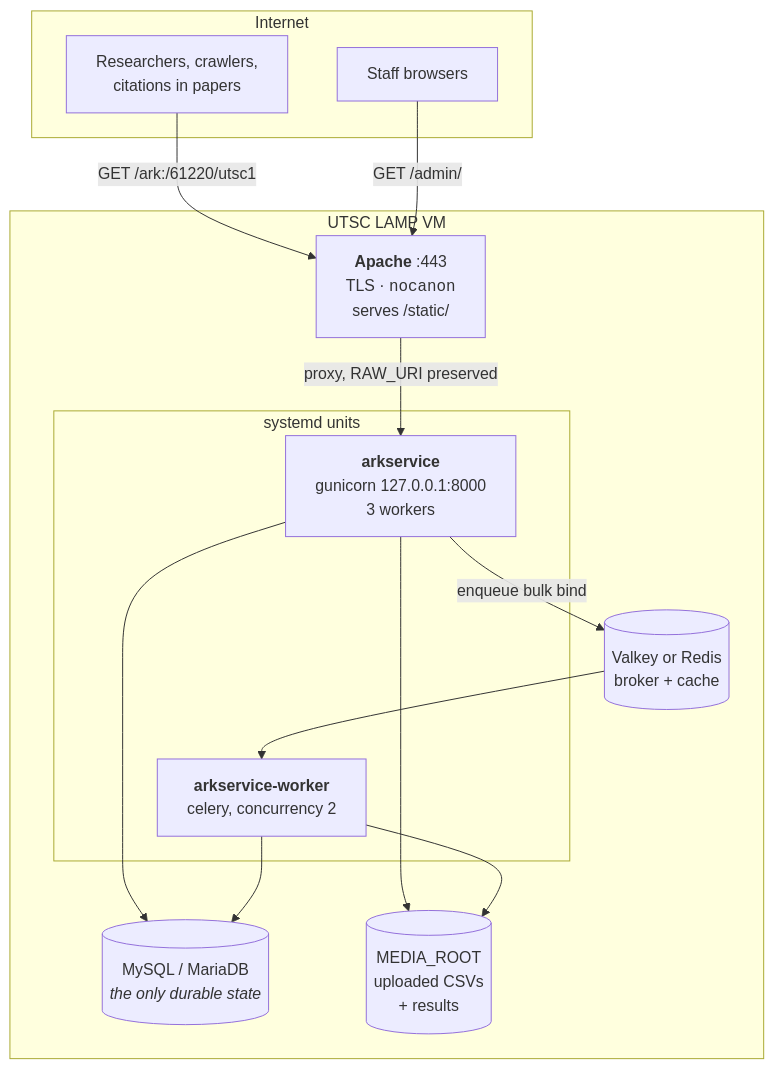
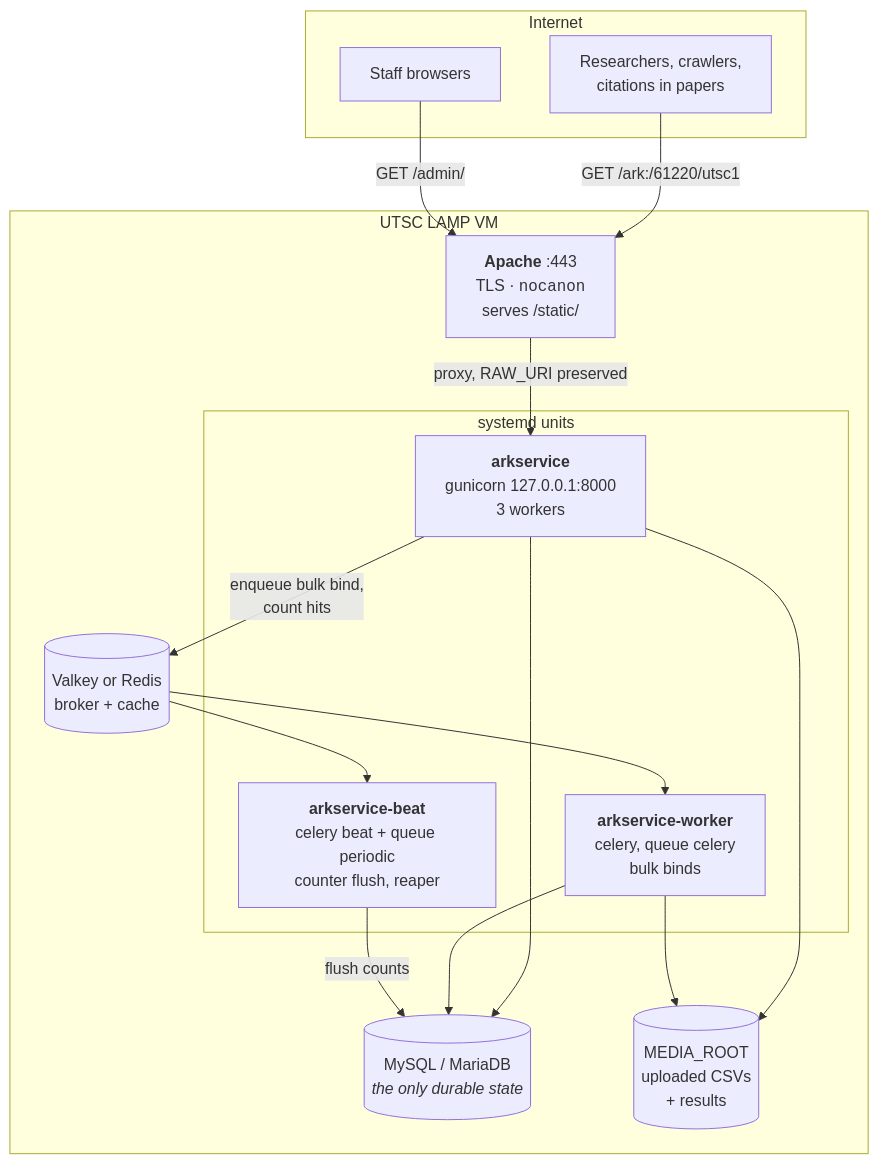
Before and after one commit to digitalutsc/arks-service: the second of 11 diagrams in README_EXTENDED.md, drawn with Mermaid. The commit also changed other lines of this file and 1 other file, not shown here.

Commit message:
Bring the deployment docs in line (2.9)
DEPLOY.md: health check, Valkey settings for a host-installed server, MySQL
server notes, troubleshooting and variables; architecture diagrams in
README_EXTENDED.md.

Part of INTENTS_prod_readiness.md (workspace root).

````diff
--- a/README_EXTENDED.md
+++ b/README_EXTENDED.md
@@ -77,30 +77,33 @@
 ```mermaid
 flowchart TB
     subgraph WORLD["Internet"]
         U["Researchers, crawlers,<br/>citations in papers"]
         S["Staff browsers"]
     end
 
     subgraph VM["UTSC LAMP VM"]
         AP["<b>Apache</b> :443<br/>TLS · <code>nocanon</code><br/>serves /static/"]
 
         subgraph SYSTEMD["systemd units"]
             GU["<b>arkservice</b><br/>gunicorn 127.0.0.1:8000<br/>3 workers"]
-            CW["<b>arkservice-worker</b><br/>celery, concurrency 2"]
+            CW["<b>arkservice-worker</b><br/>celery, queue celery<br/>bulk binds"]
+            CB["<b>arkservice-beat</b><br/>celery beat + queue periodic<br/>counter flush, reaper"]
         end
 
         RD[("Valkey or Redis<br/>broker + cache")]
         DB[("MySQL / MariaDB<br/><i>the only durable state</i>")]
         MED[("MEDIA_ROOT<br/>uploaded CSVs<br/>+ results")]
     end
 
     U -->|"GET /ark:/61220/utsc1"| AP
     S -->|"GET /admin/"| AP
     AP -->|"proxy, RAW_URI preserved"| GU
     GU --> DB
-    GU -->|"enqueue bulk bind"| RD
+    GU -->|"enqueue bulk bind,<br/>count hits"| RD
     RD --> CW
+    RD --> CB
     CW --> DB
+    CB -->|"flush counts"| DB
     GU --> MED
     CW --> MED
 ```
````
